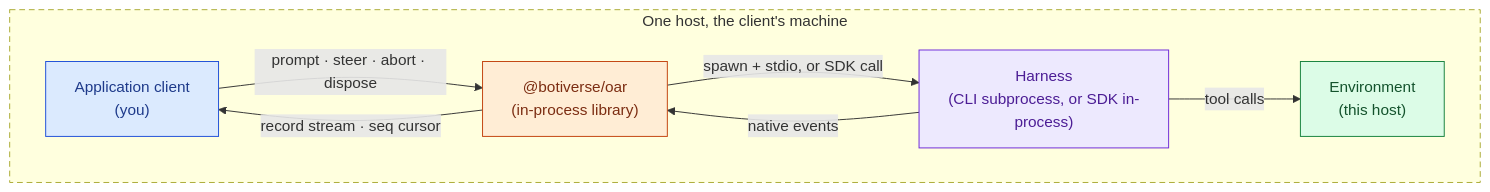
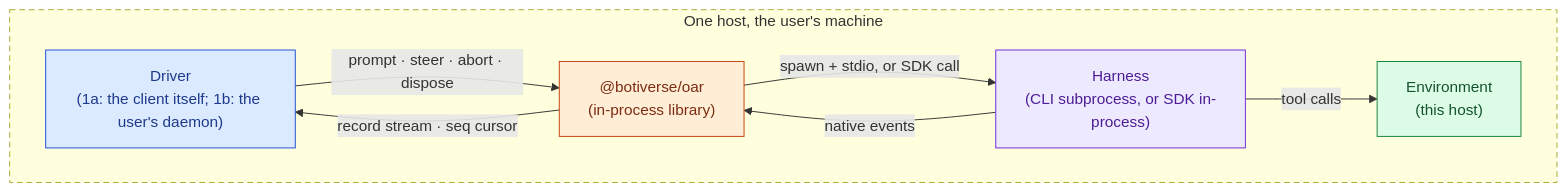
The tenth of 13 diagrams in docs/design/patterns.md (botiverse/oar), drawn with Mermaid before and after one commit. The commit also changed other lines of this file, not shown here.

First line of the commit message:
docs(design): patterns split the application into client and driver, pattern 1 gets 1a and 1b

````diff
--- a/docs/design/patterns.md
+++ b/docs/design/patterns.md
@@ -802,20 +869,20 @@
 ```mermaid
 flowchart LR
-  subgraph host["One host, the client's machine"]
+  subgraph host["One host, the user's machine"]
     direction LR
-    Client["Application client<br/>(you)"]:::app
+    Client["Driver<br/>(1a: the client itself; 1b: the user's daemon)"]:::app
     Oar["@botiverse/oar<br/>(in-process library)"]:::oar
     Harness["Harness<br/>(CLI subprocess, or SDK in-process)"]:::harness
     Env["Environment<br/>(this host)"]:::env
   end
   Client -- "prompt · steer · abort · dispose" --> Oar
   Oar -- "record stream · seq cursor" --> Client
   Oar -- "spawn + stdio, or SDK call" --> Harness
   Harness -- "native events" --> Oar
   Harness -- "tool calls" --> Env
   style host stroke-dasharray: 6 4
   classDef app fill:#dbeafe,stroke:#1d4ed8,color:#1e3a8a
   classDef harness fill:#ede9fe,stroke:#6d28d9,color:#4c1d95
   classDef env fill:#dcfce7,stroke:#15803d,color:#14532d
   classDef oar fill:#ffedd5,stroke:#c2410c,color:#7c2d12
 ```
````
